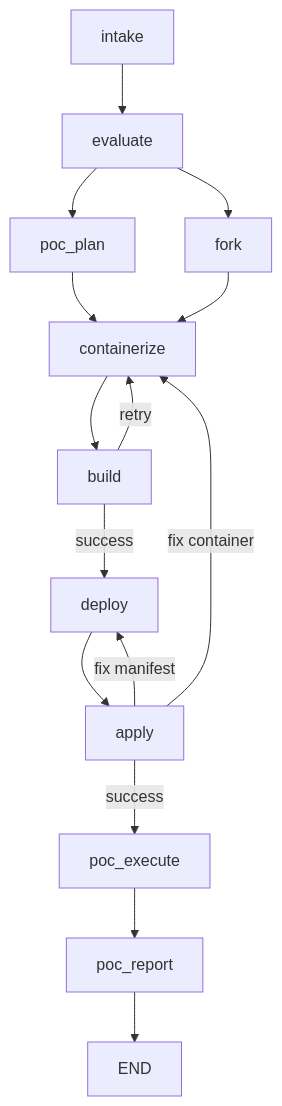
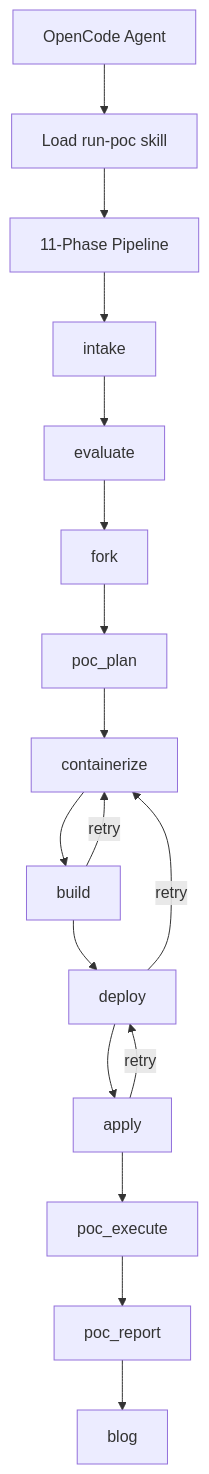
One commit to aicatalyst-team/autopoc changed the diagram in README.md. Above: the diagram before and after it, drawn with Mermaid. The commit also changed other lines of this file and 4 other files, not shown here.

First line of the commit message:
docs: Update documentation to reflect OpenCode agent refactor

````diff
--- a/README.md
+++ b/README.md
@@ -92,17 +103,20 @@
 ```mermaid
 graph TD;
-    intake --> evaluate;
-    evaluate --> poc_plan;
-    evaluate --> fork;
-    poc_plan --> containerize;
-    fork --> containerize;
-    containerize --> build;
-    build -->|success| deploy;
-    build -->|retry| containerize;
-    deploy --> apply;
-    apply -->|success| poc_execute;
-    apply -->|fix manifest| deploy;
-    apply -->|fix container| containerize;
-    poc_execute --> poc_report;
-    poc_report --> END;
+    A[OpenCode Agent] --> B[Load run-poc skill];
+    B --> C[11-Phase Pipeline];
+    C --> D[intake];
+    D --> E[evaluate];
+    E --> F[fork];
+    F --> G[poc_plan];
+    G --> H[containerize];
+    H --> I[build];
+    I --> J[deploy];
+    J --> K[apply];
+    K --> L[poc_execute];
+    L --> M[poc_report];
+    M --> N[blog];
+    
+    I -->|retry| H;
+    J -->|retry| H;
+    K -->|retry| J;
 ```
````
